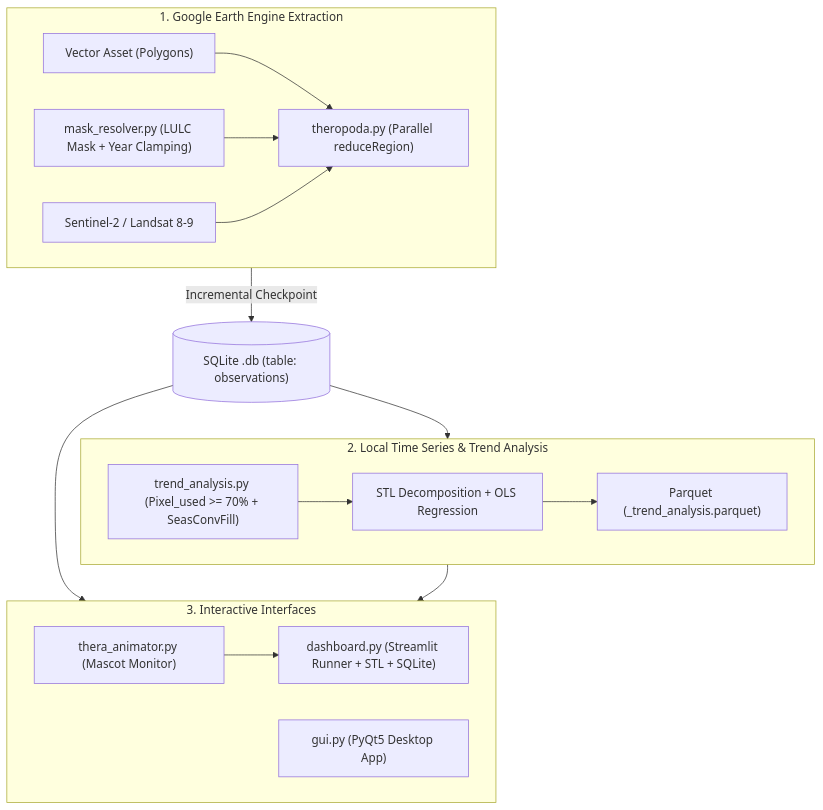
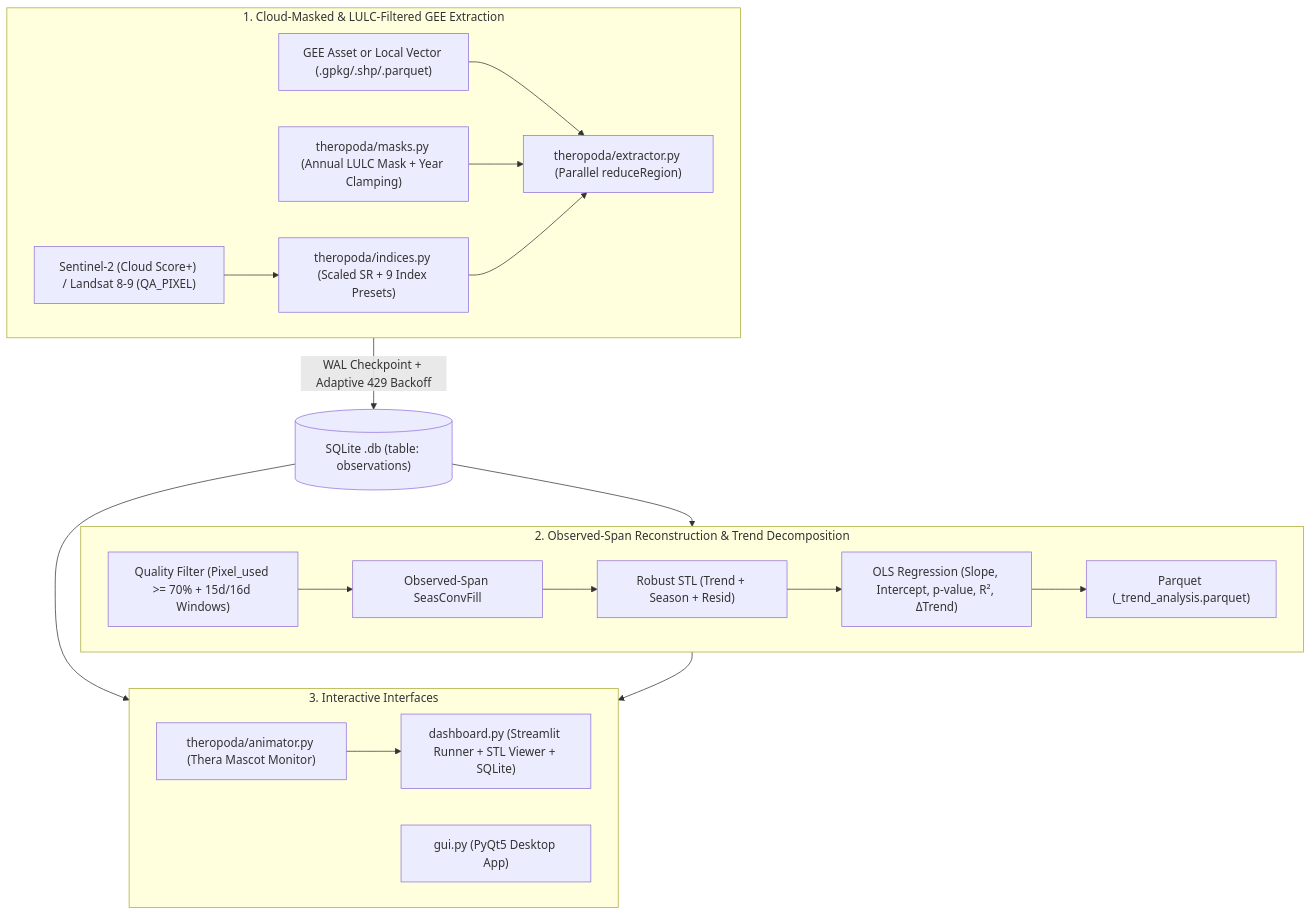
Before and after one commit to lapig-ufg/TheroPoDa: the diagram in docs/index.md, drawn with Mermaid. The commit also changed other lines of this file and 2 other files, not shown here.

Commit message:
docs(readme): add algorithm narrative, visual showcase, index presets table and use-case recipes

````diff
--- a/docs/index.md
+++ b/docs/index.md
@@ -17,30 +17,33 @@
 ```mermaid
 flowchart TD
-    subgraph GEE["1. Google Earth Engine Extraction"]
+    subgraph GEE["1. Cloud-Masked & LULC-Filtered GEE Extraction"]
         direction LR
-        ASSET["Vector Asset (Polygons)"] --> EXTR["theropoda.py (Parallel reduceRegion)"]
-        MASK["mask_resolver.py (LULC Mask + Year Clamping)"] --> EXTR
-        SAT["Sentinel-2 / Landsat 8-9"] --> EXTR
+        ASSET["GEE Asset or Local Vector (.gpkg/.shp/.parquet)"] --> EXTR["theropoda/extractor.py (Parallel reduceRegion)"]
+        MASK["theropoda/masks.py (Annual LULC Mask + Year Clamping)"] --> EXTR
+        SAT["Sentinel-2 (Cloud Score+) / Landsat 8-9 (QA_PIXEL)"] --> IDX["theropoda/indices.py (Scaled SR + 9 Index Presets)"]
+        IDX --> EXTR
     end
 
-    EXTR -->|"Incremental Checkpoint"| DB[("SQLite .db (table: observations)")]
+    EXTR -->|"WAL Checkpoint + Adaptive 429 Backoff"| DB[("SQLite .db (table: observations)")]
 
-    subgraph LOCAL["2. Local Time Series & Trend Analysis"]
+    subgraph LOCAL["2. Observed-Span Reconstruction & Trend Decomposition"]
         direction LR
-        GF["trend_analysis.py (Pixel_used >= 70% + SeasConvFill)"] --> STL["STL Decomposition + OLS Regression"]
-        STL --> PQ["Parquet (_trend_analysis.parquet)"]
+        QC["Quality Filter (Pixel_used >= 70% + 15d/16d Windows)"] --> GF["Observed-Span SeasConvFill"]
+        GF --> STL["Robust STL (Trend + Season + Resid)"]
+        STL --> OLS["OLS Regression (Slope, Intercept, p-value, R², ΔTrend)"]
+        OLS --> PQ["Parquet (_trend_analysis.parquet)"]
     end
 
-    DB --> GF
+    DB --> QC
 
     subgraph UI["3. Interactive Interfaces"]
         direction LR
-        DASH["dashboard.py (Streamlit Runner + STL + SQLite)"]
+        DASH["dashboard.py (Streamlit Runner + STL Viewer + SQLite)"]
         GUI["gui.py (PyQt5 Desktop App)"]
-        THERA["thera_animator.py (Mascot Monitor)"]
+        THERA["theropoda/animator.py (Thera Mascot Monitor)"]
         THERA --> DASH
     end
 
     DB --> DASH
     PQ --> DASH
 ```
````
